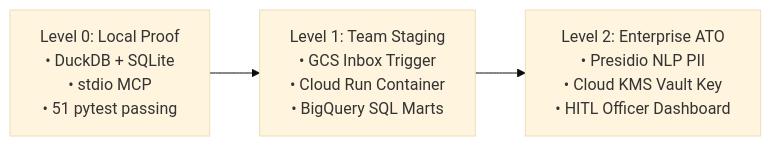
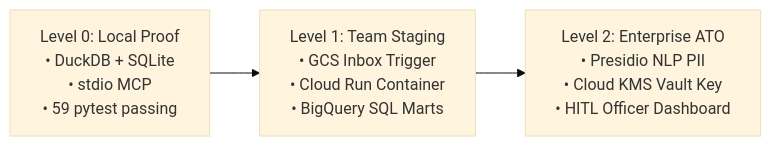
One commit to khaosans/operator-etl changed the second of 2 diagrams in docs/Operator-ETL-White-Paper.md. Above: the diagram before and after it, drawn with Mermaid (base theme). The commit also changed other lines of this file and 56 other files, not shown here.

````diff
--- a/docs/Operator-ETL-White-Paper.md
+++ b/docs/Operator-ETL-White-Paper.md
@@ -582,5 +582,5 @@
 ```mermaid
 flowchart LR
-    L0["Level 0: Local Proof<br/>• DuckDB + SQLite<br/>• stdio MCP<br/>• 51 pytest passing"] --> L1["Level 1: Team Staging<br/>• GCS Inbox Trigger<br/>• Cloud Run Container<br/>• BigQuery SQL Marts"]
+    L0["Level 0: Local Proof<br/>• DuckDB + SQLite<br/>• stdio MCP<br/>• 59 pytest passing"] --> L1["Level 1: Team Staging<br/>• GCS Inbox Trigger<br/>• Cloud Run Container<br/>• BigQuery SQL Marts"]
     L1 --> L2["Level 2: Enterprise ATO<br/>• Presidio NLP PII<br/>• Cloud KMS Vault Key<br/>• HITL Officer Dashboard"]
 ```
````
